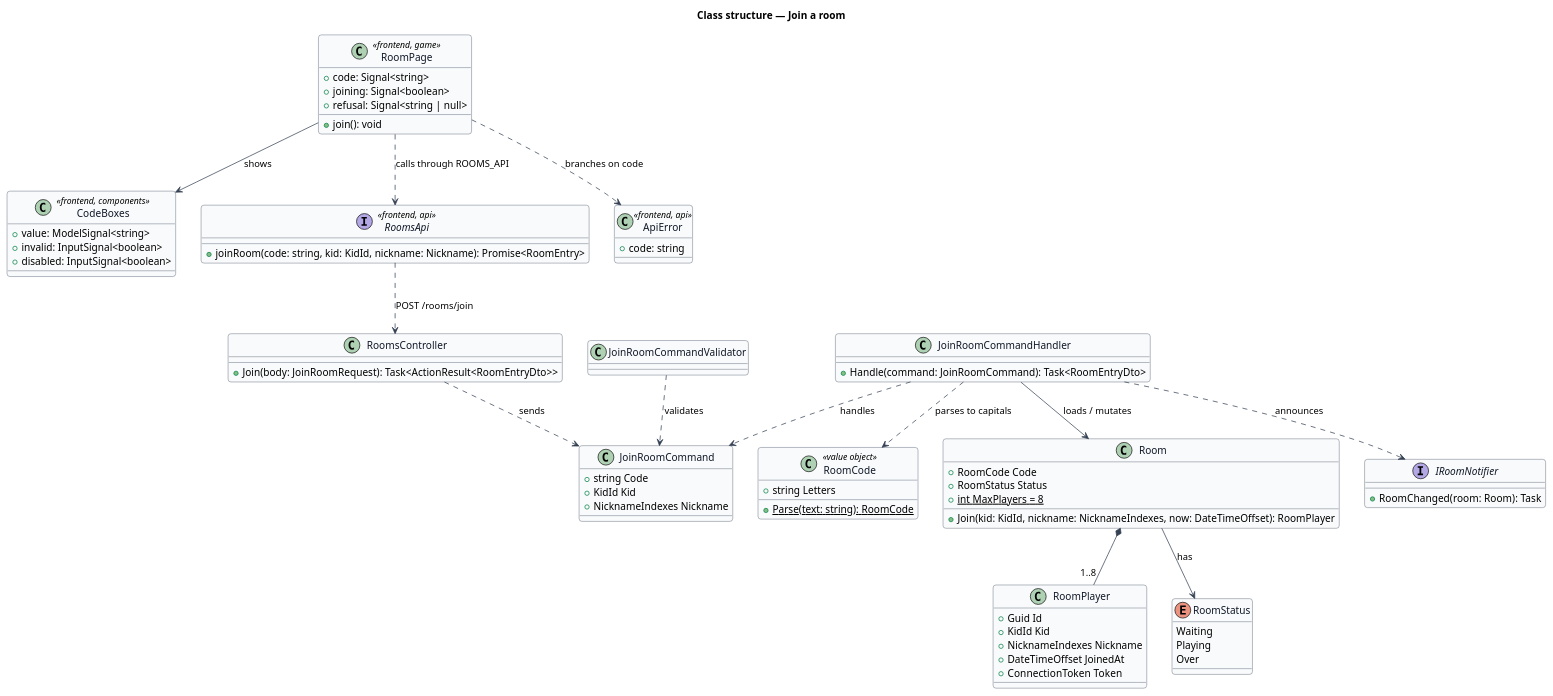
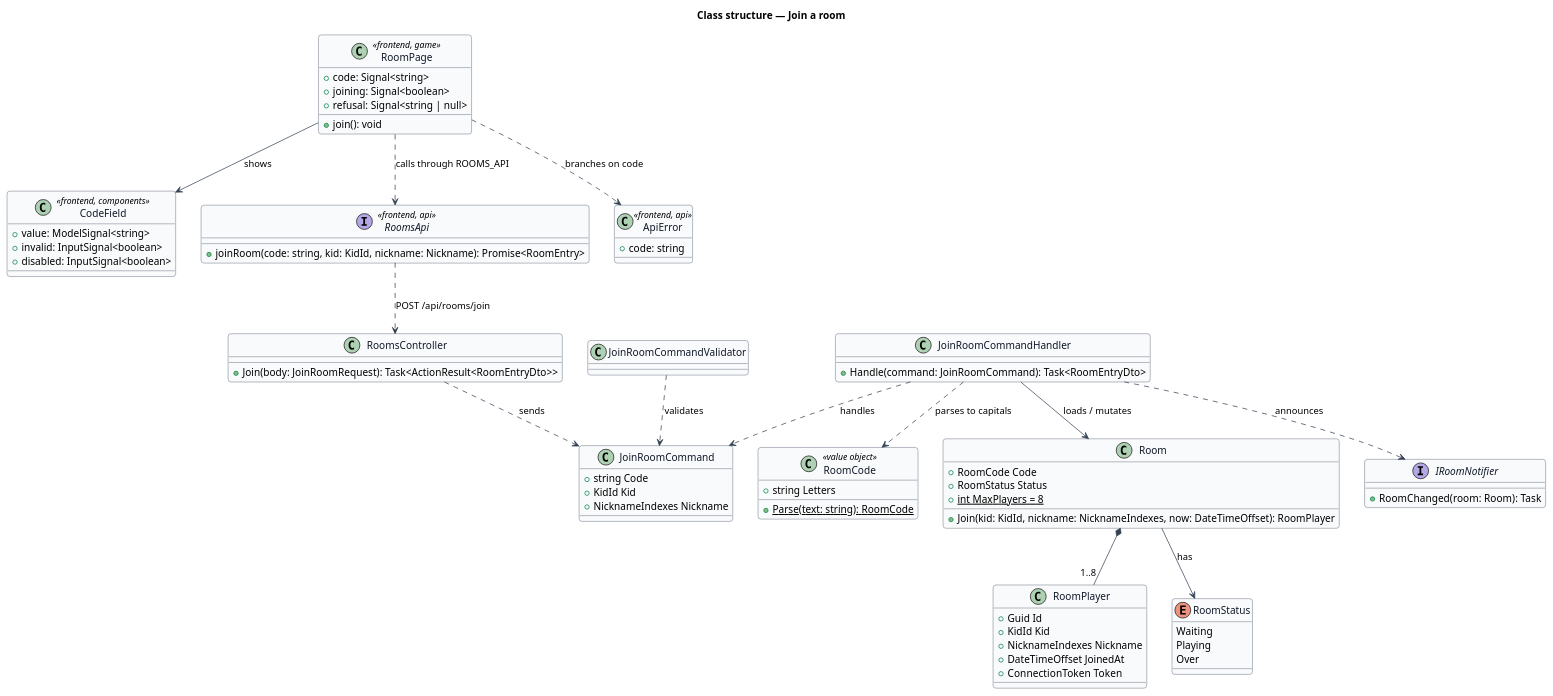
The diagram in docs/detailed-designs/rooms/join-room/diagrams/class-structure.puml (QuinntyneBrown/around-the-world), drawn with PlantUML before and after one commit. The commit also changed 14 other files, not shown here.

```diff
--- a/docs/detailed-designs/rooms/join-room/diagrams/class-structure.puml
+++ b/docs/detailed-designs/rooms/join-room/diagrams/class-structure.puml
@@ -1,83 +1,83 @@
 @startuml
 ' --- shared skin header ---
 skinparam backgroundColor #FFFFFF
 skinparam shadowing false
 skinparam roundcorner 8
 skinparam defaultFontName Arial
 skinparam ArrowColor #344054
 skinparam class {
   BorderColor #344054
   FontColor #101828
   BackgroundColor #F9FAFB
 }
 ' --------------------------
 title Class structure — Join a room
 
 class RoomPage <<frontend, game>> {
   +code: Signal<string>
   +joining: Signal<boolean>
   +refusal: Signal<string | null>
   +join(): void
 }
-class CodeBoxes <<frontend, components>> {
+class CodeField <<frontend, components>> {
   +value: ModelSignal<string>
   +invalid: InputSignal<boolean>
   +disabled: InputSignal<boolean>
 }
 interface RoomsApi <<frontend, api>> {
   +joinRoom(code: string, kid: KidId, nickname: Nickname): Promise<RoomEntry>
 }
 class ApiError <<frontend, api>> {
   +code: string
 }
 class RoomsController {
   +Join(body: JoinRoomRequest): Task<ActionResult<RoomEntryDto>>
 }
 class JoinRoomCommand {
   +string Code
   +KidId Kid
   +NicknameIndexes Nickname
 }
 class JoinRoomCommandValidator
 class JoinRoomCommandHandler {
   +Handle(command: JoinRoomCommand): Task<RoomEntryDto>
 }
 class RoomCode <<value object>> {
   +string Letters
   +{static} Parse(text: string): RoomCode
 }
 class Room {
   +RoomCode Code
   +RoomStatus Status
   +{static} int MaxPlayers = 8
   +Join(kid: KidId, nickname: NicknameIndexes, now: DateTimeOffset): RoomPlayer
 }
 class RoomPlayer {
   +Guid Id
   +KidId Kid
   +NicknameIndexes Nickname
   +DateTimeOffset JoinedAt
   +ConnectionToken Token
 }
 enum RoomStatus {
   Waiting
   Playing
   Over
 }
 interface IRoomNotifier {
   +RoomChanged(room: Room): Task
 }
 
-RoomPage --> CodeBoxes : shows
+RoomPage --> CodeField : shows
 RoomPage ..> RoomsApi : calls through ROOMS_API
 RoomPage ..> ApiError : branches on code
-RoomsApi ..> RoomsController : POST /rooms/join
+RoomsApi ..> RoomsController : POST /api/rooms/join
 RoomsController ..> JoinRoomCommand : sends
 JoinRoomCommandValidator ..> JoinRoomCommand : validates
 JoinRoomCommandHandler ..> JoinRoomCommand : handles
 JoinRoomCommandHandler ..> RoomCode : parses to capitals
 JoinRoomCommandHandler --> Room : loads / mutates
 JoinRoomCommandHandler ..> IRoomNotifier : announces
 Room *-- "1..8" RoomPlayer
 Room --> RoomStatus : has
 @enduml
```
